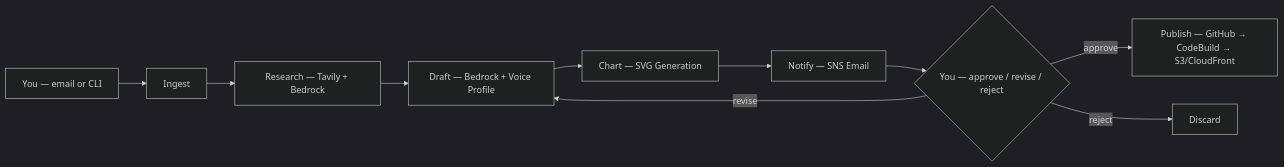
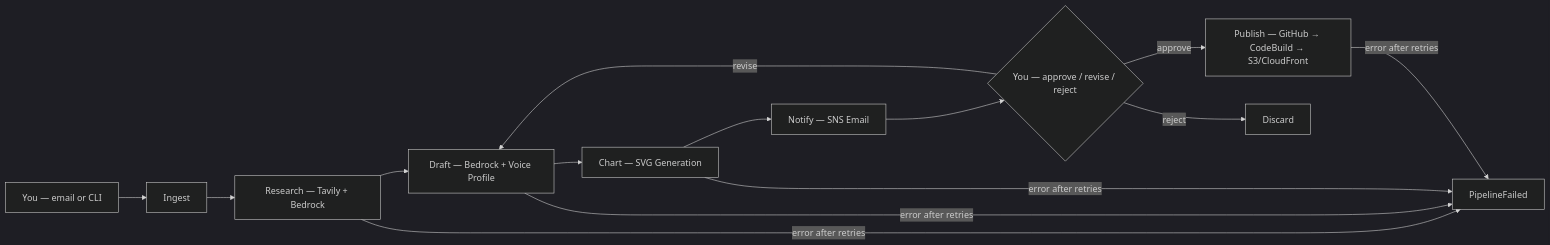
One commit to kzaky/khaledzaky.com changed the diagram in agent/README.md. Above: the diagram before and after it, drawn with Mermaid (dark theme). The commit also changed other lines of this file and 1 other file, not shown here.

````diff
--- a/agent/README.md
+++ b/agent/README.md
@@ -15,12 +15,16 @@
 ```mermaid
 flowchart LR
     A[You — email or CLI] --> B[Ingest]
     B --> C[Research — Tavily + Bedrock]
     C --> D[Draft — Bedrock + Voice Profile]
     D --> E[Chart — SVG Generation]
     E --> F[Notify — SNS Email]
     F --> G{You — approve / revise / reject}
     G -->|approve| H[Publish — GitHub → CodeBuild → S3/CloudFront]
     G -->|revise| D
     G -->|reject| I[Discard]
+    C -->|error after retries| J[PipelineFailed]
+    D -->|error after retries| J
+    E -->|error after retries| J
+    H -->|error after retries| J
 ```
````
